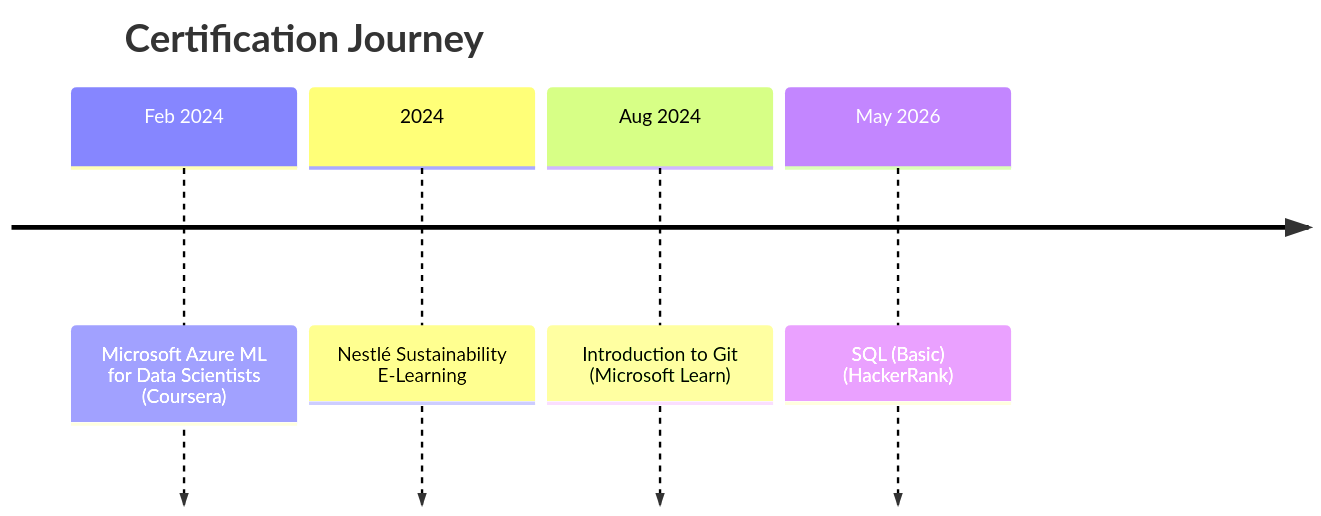
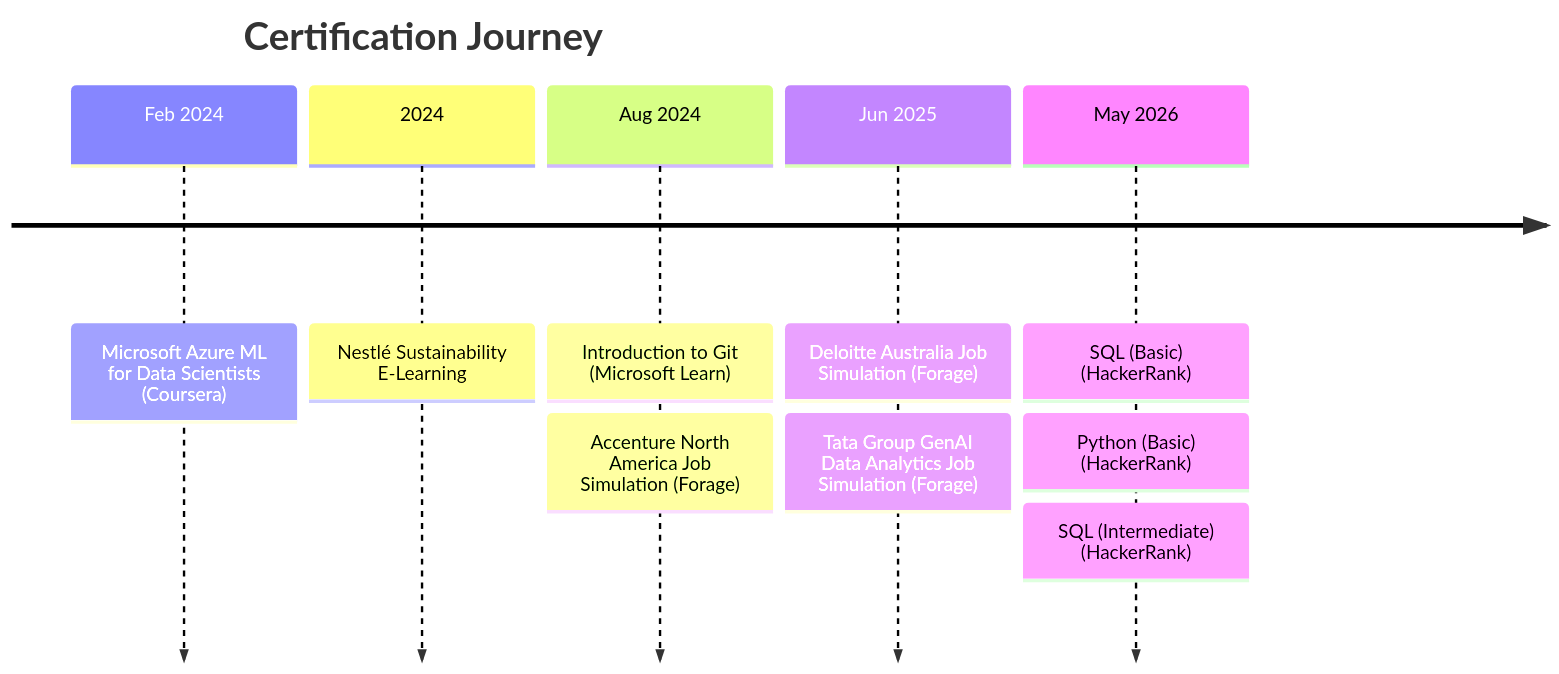
Before and after one commit to akxyverse/certifications: the diagram in README.md, drawn with Mermaid. The commit also changed other lines of this file and 1 other file, not shown here.

Commit message:
Add 5 new certificates: 2 HackerRank (Python Basic, SQL Intermediate) + 3 Forage job simulations (Deloitte, Tata Group, Accenture)

````diff
--- a/README.md
+++ b/README.md
@@ -128,8 +133,13 @@
 ```mermaid
 timeline
     title Certification Journey
     Feb 2024 : Microsoft Azure ML for Data Scientists (Coursera)
     2024 : Nestlé Sustainability E-Learning
     Aug 2024 : Introduction to Git (Microsoft Learn)
+                : Accenture North America Job Simulation (Forage)
+    Jun 2025 : Deloitte Australia Job Simulation (Forage)
+                : Tata Group GenAI Data Analytics Job Simulation (Forage)
     May 2026 : SQL (Basic) (HackerRank)
+                : Python (Basic) (HackerRank)
+                : SQL (Intermediate) (HackerRank)
 ```
````
